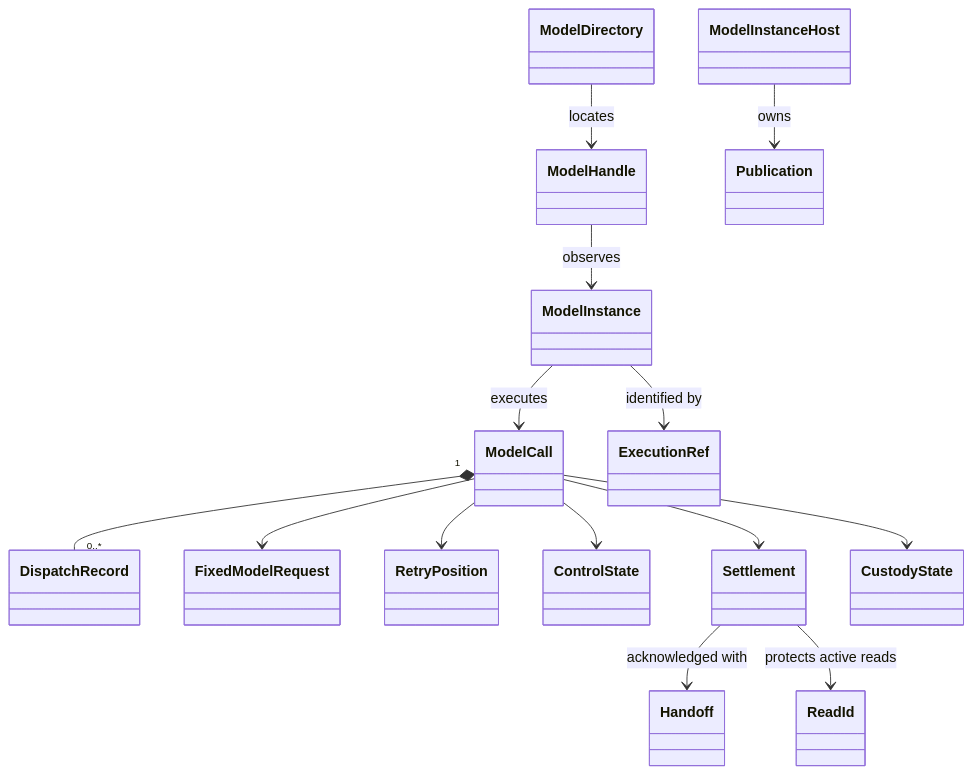
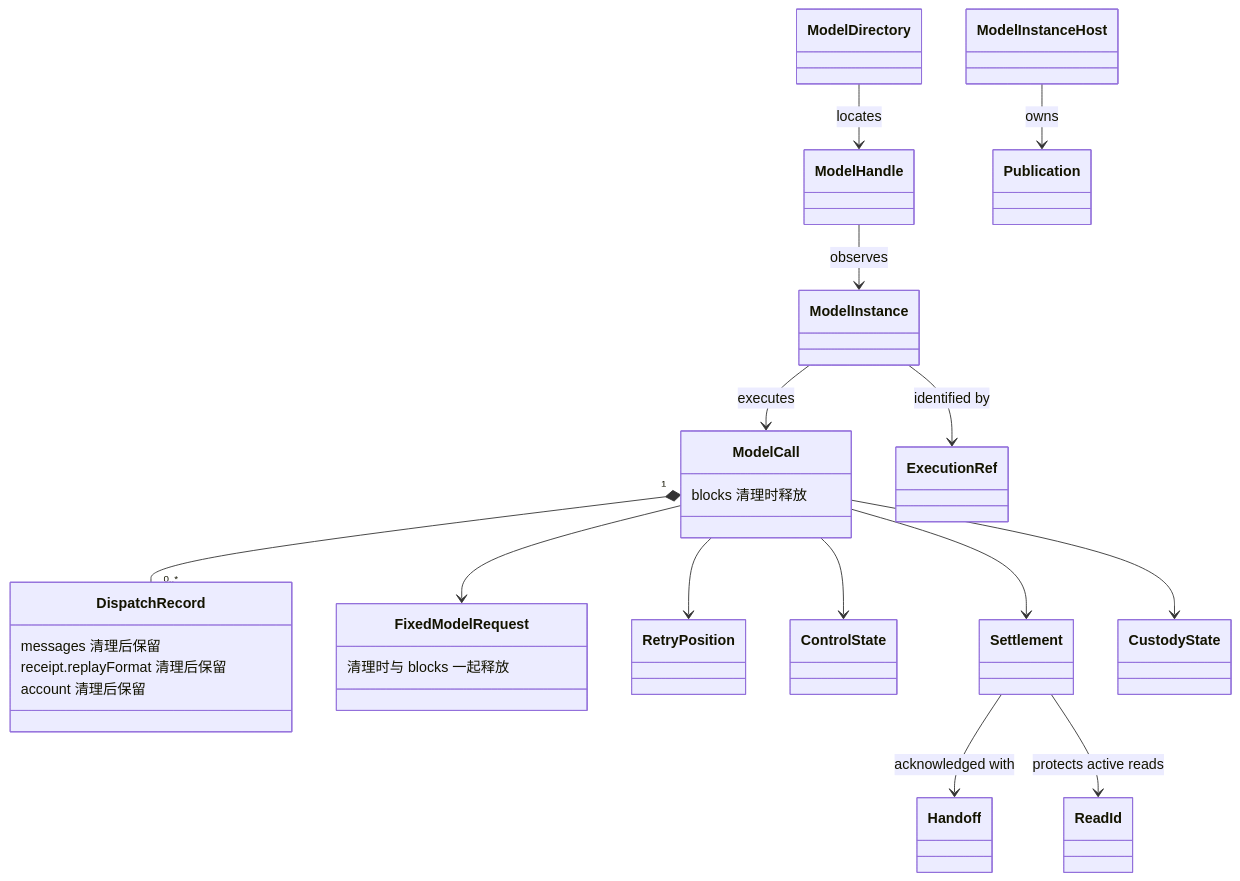
Before and after one commit to nemori-ai/omne-harness-lite: the third of 4 diagrams in packages/model/model-contract/docs/object-model.md, drawn with Mermaid. The commit also changed 5 other files, not shown here.

First line of the commit message:
docs(model): 补校准租约与发送装配的 Mermaid 图

````diff
--- a/packages/model/model-contract/docs/object-model.md
+++ b/packages/model/model-contract/docs/object-model.md
@@ -194,16 +194,27 @@
 ```mermaid
 classDiagram
+  class DispatchRecord {
+    messages 清理后保留
+    receipt.replayFormat 清理后保留
+    account 清理后保留
+  }
+  class ModelCall {
+    blocks 清理时释放
+  }
+  class FixedModelRequest {
+    清理时与 blocks 一起释放
+  }
   ModelCall "1" *-- "0..*" DispatchRecord
   ModelCall --> FixedModelRequest
   ModelCall --> RetryPosition
   ModelCall --> ControlState
   ModelCall --> Settlement
   ModelCall --> CustodyState
   ModelInstance --> ModelCall : executes
   ModelInstance --> ExecutionRef : identified by
   ModelHandle --> ModelInstance : observes
   ModelDirectory --> ModelHandle : locates
   ModelInstanceHost --> Publication : owns
   Settlement --> Handoff : acknowledged with
   Settlement --> ReadId : protects active reads
 ```
````
